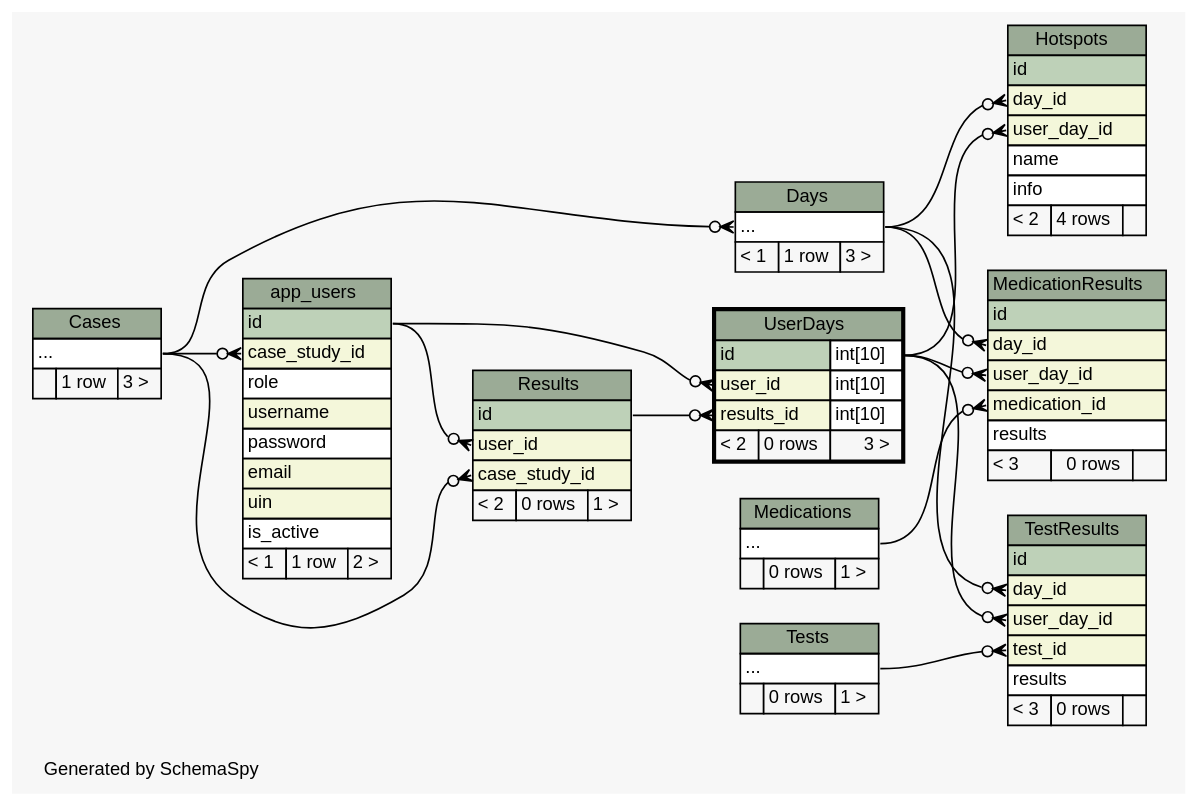
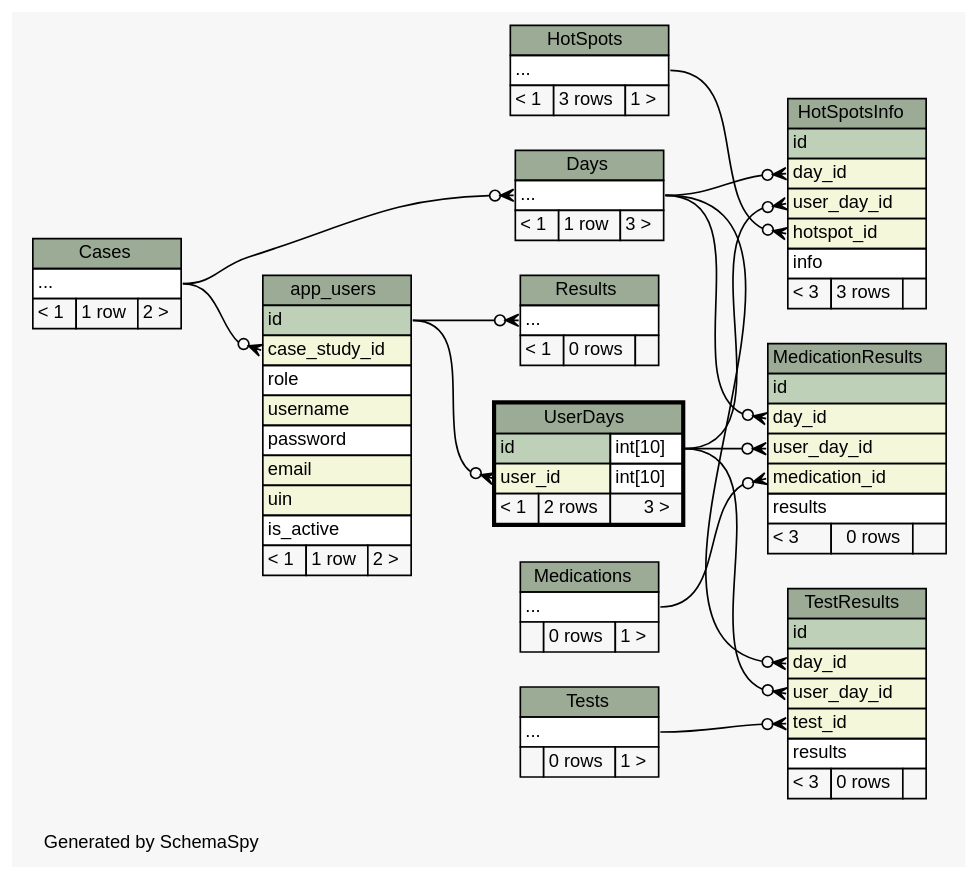
The diagram in web/files/schema/diagrams/UserDays.2degrees.dot (carrel2/CaseStudies), drawn with Graphviz before and after one commit. The commit also changed 262 other files, not shown here.

```diff
--- a/web/files/schema/diagrams/UserDays.2degrees.dot
+++ b/web/files/schema/diagrams/UserDays.2degrees.dot
@@ -1,159 +1,165 @@
-// dot 2.38.0 on Linux 4.4.0-66-generic
+// dot 2.38.0 on Linux 4.4.0-67-generic
 // SchemaSpy rev 590
 digraph "twoDegreesRelationshipsDiagram" {
   graph [
     rankdir="RL"
     bgcolor="#f7f7f7"
     label="\nGenerated by SchemaSpy"
     labeljust="l"
     nodesep="0.18"
     ranksep="0.46"
     fontname="Helvetica"
     fontsize="11"
   ];
   node [
     fontname="Helvetica"
     fontsize="11"
     shape="plaintext"
   ];
   edge [
     arrowsize="0.8"
   ];
   "app_users":"case_study_id":w -> "Cases":"elipses":e [arrowhead=none dir=back arrowtail=crowodot];
   "Days":"elipses":w -> "Cases":"elipses":e [arrowhead=none dir=back arrowtail=crowodot];
-  "Hotspots":"day_id":w -> "Days":"elipses":e [arrowhead=none dir=back arrowtail=crowodot];
-  "Hotspots":"user_day_id":w -> "UserDays":"id.type":e [arrowhead=none dir=back arrowtail=crowodot];
+  "HotSpotsInfo":"day_id":w -> "Days":"elipses":e [arrowhead=none dir=back arrowtail=crowodot];
+  "HotSpotsInfo":"hotspot_id":w -> "HotSpots":"elipses":e [arrowhead=none dir=back arrowtail=crowodot];
+  "HotSpotsInfo":"user_day_id":w -> "UserDays":"id.type":e [arrowhead=none dir=back arrowtail=crowodot];
   "MedicationResults":"day_id":w -> "Days":"elipses":e [arrowhead=none dir=back arrowtail=crowodot];
   "MedicationResults":"medication_id":w -> "Medications":"elipses":e [arrowhead=none dir=back arrowtail=crowodot];
   "MedicationResults":"user_day_id":w -> "UserDays":"id.type":e [arrowhead=none dir=back arrowtail=crowodot];
-  "Results":"case_study_id":w -> "Cases":"elipses":e [arrowhead=none dir=back arrowtail=crowodot];
-  "Results":"user_id":w -> "app_users":"id":e [arrowhead=none dir=back arrowtail=crowodot];
+  "Results":"elipses":w -> "app_users":"id":e [arrowhead=none dir=back arrowtail=crowodot];
   "TestResults":"day_id":w -> "Days":"elipses":e [arrowhead=none dir=back arrowtail=crowodot];
   "TestResults":"test_id":w -> "Tests":"elipses":e [arrowhead=none dir=back arrowtail=crowodot];
   "TestResults":"user_day_id":w -> "UserDays":"id.type":e [arrowhead=none dir=back arrowtail=crowodot];
-  "UserDays":"results_id":w -> "Results":"id":e [arrowhead=none dir=back arrowtail=crowodot];
   "UserDays":"user_id":w -> "app_users":"id":e [arrowhead=none dir=back arrowtail=crowodot];
   "app_users" [
     label=<
     <TABLE BORDER="0" CELLBORDER="1" CELLSPACING="0" BGCOLOR="#ffffff">
       <TR><TD COLSPAN="3" BGCOLOR="#9bab96" ALIGN="CENTER">app_users</TD></TR>
       <TR><TD PORT="id" COLSPAN="3" BGCOLOR="#bed1b8" ALIGN="LEFT">id</TD></TR>
       <TR><TD PORT="case_study_id" COLSPAN="3" BGCOLOR="#f4f7da" ALIGN="LEFT">case_study_id</TD></TR>
       <TR><TD PORT="role" COLSPAN="3" ALIGN="LEFT">role</TD></TR>
       <TR><TD PORT="username" COLSPAN="3" BGCOLOR="#f4f7da" ALIGN="LEFT">username</TD></TR>
       <TR><TD PORT="password" COLSPAN="3" ALIGN="LEFT">password</TD></TR>
       <TR><TD PORT="email" COLSPAN="3" BGCOLOR="#f4f7da" ALIGN="LEFT">email</TD></TR>
       <TR><TD PORT="uin" COLSPAN="3" BGCOLOR="#f4f7da" ALIGN="LEFT">uin</TD></TR>
       <TR><TD PORT="is_active" COLSPAN="3" ALIGN="LEFT">is_active</TD></TR>
       <TR><TD ALIGN="LEFT" BGCOLOR="#f7f7f7">&lt; 1</TD><TD ALIGN="RIGHT" BGCOLOR="#f7f7f7">1 row</TD><TD ALIGN="RIGHT" BGCOLOR="#f7f7f7">2 &gt;</TD></TR>
     </TABLE>>
     URL="app_users.html"
     tooltip="app_users"
   ];
   "Cases" [
     label=<
     <TABLE BORDER="0" CELLBORDER="1" CELLSPACING="0" BGCOLOR="#ffffff">
       <TR><TD COLSPAN="3" BGCOLOR="#9bab96" ALIGN="CENTER">Cases</TD></TR>
       <TR><TD PORT="elipses" COLSPAN="3" ALIGN="LEFT">...</TD></TR>
-      <TR><TD ALIGN="LEFT" BGCOLOR="#f7f7f7">  </TD><TD ALIGN="RIGHT" BGCOLOR="#f7f7f7">1 row</TD><TD ALIGN="RIGHT" BGCOLOR="#f7f7f7">3 &gt;</TD></TR>
+      <TR><TD ALIGN="LEFT" BGCOLOR="#f7f7f7">&lt; 1</TD><TD ALIGN="RIGHT" BGCOLOR="#f7f7f7">1 row</TD><TD ALIGN="RIGHT" BGCOLOR="#f7f7f7">2 &gt;</TD></TR>
     </TABLE>>
     URL="Cases.html"
     tooltip="Cases"
   ];
   "Days" [
     label=<
     <TABLE BORDER="0" CELLBORDER="1" CELLSPACING="0" BGCOLOR="#ffffff">
       <TR><TD COLSPAN="3" BGCOLOR="#9bab96" ALIGN="CENTER">Days</TD></TR>
       <TR><TD PORT="elipses" COLSPAN="3" ALIGN="LEFT">...</TD></TR>
       <TR><TD ALIGN="LEFT" BGCOLOR="#f7f7f7">&lt; 1</TD><TD ALIGN="RIGHT" BGCOLOR="#f7f7f7">1 row</TD><TD ALIGN="RIGHT" BGCOLOR="#f7f7f7">3 &gt;</TD></TR>
     </TABLE>>
     URL="Days.html"
     tooltip="Days"
   ];
-  "Hotspots" [
+  "HotSpots" [
     label=<
     <TABLE BORDER="0" CELLBORDER="1" CELLSPACING="0" BGCOLOR="#ffffff">
-      <TR><TD COLSPAN="3" BGCOLOR="#9bab96" ALIGN="CENTER">Hotspots</TD></TR>
+      <TR><TD COLSPAN="3" BGCOLOR="#9bab96" ALIGN="CENTER">HotSpots</TD></TR>
+      <TR><TD PORT="elipses" COLSPAN="3" ALIGN="LEFT">...</TD></TR>
+      <TR><TD ALIGN="LEFT" BGCOLOR="#f7f7f7">&lt; 1</TD><TD ALIGN="RIGHT" BGCOLOR="#f7f7f7">3 rows</TD><TD ALIGN="RIGHT" BGCOLOR="#f7f7f7">1 &gt;</TD></TR>
+    </TABLE>>
+    URL="HotSpots.html"
+    tooltip="HotSpots"
+  ];
+  "HotSpotsInfo" [
+    label=<
+    <TABLE BORDER="0" CELLBORDER="1" CELLSPACING="0" BGCOLOR="#ffffff">
+      <TR><TD COLSPAN="3" BGCOLOR="#9bab96" ALIGN="CENTER">HotSpotsInfo</TD></TR>
       <TR><TD PORT="id" COLSPAN="3" BGCOLOR="#bed1b8" ALIGN="LEFT">id</TD></TR>
       <TR><TD PORT="day_id" COLSPAN="3" BGCOLOR="#f4f7da" ALIGN="LEFT">day_id</TD></TR>
       <TR><TD PORT="user_day_id" COLSPAN="3" BGCOLOR="#f4f7da" ALIGN="LEFT">user_day_id</TD></TR>
-      <TR><TD PORT="name" COLSPAN="3" ALIGN="LEFT">name</TD></TR>
+      <TR><TD PORT="hotspot_id" COLSPAN="3" BGCOLOR="#f4f7da" ALIGN="LEFT">hotspot_id</TD></TR>
       <TR><TD PORT="info" COLSPAN="3" ALIGN="LEFT">info</TD></TR>
-      <TR><TD ALIGN="LEFT" BGCOLOR="#f7f7f7">&lt; 2</TD><TD ALIGN="RIGHT" BGCOLOR="#f7f7f7">4 rows</TD><TD ALIGN="RIGHT" BGCOLOR="#f7f7f7">  </TD></TR>
+      <TR><TD ALIGN="LEFT" BGCOLOR="#f7f7f7">&lt; 3</TD><TD ALIGN="RIGHT" BGCOLOR="#f7f7f7">3 rows</TD><TD ALIGN="RIGHT" BGCOLOR="#f7f7f7">  </TD></TR>
     </TABLE>>
-    URL="Hotspots.html"
-    tooltip="Hotspots"
+    URL="HotSpotsInfo.html"
+    tooltip="HotSpotsInfo"
   ];
   "MedicationResults" [
     label=<
     <TABLE BORDER="0" CELLBORDER="1" CELLSPACING="0" BGCOLOR="#ffffff">
       <TR><TD COLSPAN="3" BGCOLOR="#9bab96" ALIGN="CENTER">MedicationResults</TD></TR>
       <TR><TD PORT="id" COLSPAN="3" BGCOLOR="#bed1b8" ALIGN="LEFT">id</TD></TR>
       <TR><TD PORT="day_id" COLSPAN="3" BGCOLOR="#f4f7da" ALIGN="LEFT">day_id</TD></TR>
       <TR><TD PORT="user_day_id" COLSPAN="3" BGCOLOR="#f4f7da" ALIGN="LEFT">user_day_id</TD></TR>
       <TR><TD PORT="medication_id" COLSPAN="3" BGCOLOR="#f4f7da" ALIGN="LEFT">medication_id</TD></TR>
       <TR><TD PORT="results" COLSPAN="3" ALIGN="LEFT">results</TD></TR>
       <TR><TD ALIGN="LEFT" BGCOLOR="#f7f7f7">&lt; 3</TD><TD ALIGN="RIGHT" BGCOLOR="#f7f7f7">0 rows</TD><TD ALIGN="RIGHT" BGCOLOR="#f7f7f7">  </TD></TR>
     </TABLE>>
     URL="MedicationResults.html"
     tooltip="MedicationResults"
   ];
   "Medications" [
     label=<
     <TABLE BORDER="0" CELLBORDER="1" CELLSPACING="0" BGCOLOR="#ffffff">
       <TR><TD COLSPAN="3" BGCOLOR="#9bab96" ALIGN="CENTER">Medications</TD></TR>
       <TR><TD PORT="elipses" COLSPAN="3" ALIGN="LEFT">...</TD></TR>
       <TR><TD ALIGN="LEFT" BGCOLOR="#f7f7f7">  </TD><TD ALIGN="RIGHT" BGCOLOR="#f7f7f7">0 rows</TD><TD ALIGN="RIGHT" BGCOLOR="#f7f7f7">1 &gt;</TD></TR>
     </TABLE>>
     URL="Medications.html"
     tooltip="Medications"
   ];
   "Results" [
     label=<
     <TABLE BORDER="0" CELLBORDER="1" CELLSPACING="0" BGCOLOR="#ffffff">
       <TR><TD COLSPAN="3" BGCOLOR="#9bab96" ALIGN="CENTER">Results</TD></TR>
-      <TR><TD PORT="id" COLSPAN="3" BGCOLOR="#bed1b8" ALIGN="LEFT">id</TD></TR>
-      <TR><TD PORT="user_id" COLSPAN="3" BGCOLOR="#f4f7da" ALIGN="LEFT">user_id</TD></TR>
-      <TR><TD PORT="case_study_id" COLSPAN="3" BGCOLOR="#f4f7da" ALIGN="LEFT">case_study_id</TD></TR>
-      <TR><TD ALIGN="LEFT" BGCOLOR="#f7f7f7">&lt; 2</TD><TD ALIGN="RIGHT" BGCOLOR="#f7f7f7">0 rows</TD><TD ALIGN="RIGHT" BGCOLOR="#f7f7f7">1 &gt;</TD></TR>
+      <TR><TD PORT="elipses" COLSPAN="3" ALIGN="LEFT">...</TD></TR>
+      <TR><TD ALIGN="LEFT" BGCOLOR="#f7f7f7">&lt; 1</TD><TD ALIGN="RIGHT" BGCOLOR="#f7f7f7">0 rows</TD><TD ALIGN="RIGHT" BGCOLOR="#f7f7f7">  </TD></TR>
     </TABLE>>
     URL="Results.html"
     tooltip="Results"
   ];
   "TestResults" [
     label=<
     <TABLE BORDER="0" CELLBORDER="1" CELLSPACING="0" BGCOLOR="#ffffff">
       <TR><TD COLSPAN="3" BGCOLOR="#9bab96" ALIGN="CENTER">TestResults</TD></TR>
       <TR><TD PORT="id" COLSPAN="3" BGCOLOR="#bed1b8" ALIGN="LEFT">id</TD></TR>
       <TR><TD PORT="day_id" COLSPAN="3" BGCOLOR="#f4f7da" ALIGN="LEFT">day_id</TD></TR>
       <TR><TD PORT="user_day_id" COLSPAN="3" BGCOLOR="#f4f7da" ALIGN="LEFT">user_day_id</TD></TR>
       <TR><TD PORT="test_id" COLSPAN="3" BGCOLOR="#f4f7da" ALIGN="LEFT">test_id</TD></TR>
       <TR><TD PORT="results" COLSPAN="3" ALIGN="LEFT">results</TD></TR>
       <TR><TD ALIGN="LEFT" BGCOLOR="#f7f7f7">&lt; 3</TD><TD ALIGN="RIGHT" BGCOLOR="#f7f7f7">0 rows</TD><TD ALIGN="RIGHT" BGCOLOR="#f7f7f7">  </TD></TR>
     </TABLE>>
     URL="TestResults.html"
     tooltip="TestResults"
   ];
   "Tests" [
     label=<
     <TABLE BORDER="0" CELLBORDER="1" CELLSPACING="0" BGCOLOR="#ffffff">
       <TR><TD COLSPAN="3" BGCOLOR="#9bab96" ALIGN="CENTER">Tests</TD></TR>
       <TR><TD PORT="elipses" COLSPAN="3" ALIGN="LEFT">...</TD></TR>
       <TR><TD ALIGN="LEFT" BGCOLOR="#f7f7f7">  </TD><TD ALIGN="RIGHT" BGCOLOR="#f7f7f7">0 rows</TD><TD ALIGN="RIGHT" BGCOLOR="#f7f7f7">1 &gt;</TD></TR>
     </TABLE>>
     URL="Tests.html"
     tooltip="Tests"
   ];
   "UserDays" [
     label=<
     <TABLE BORDER="2" CELLBORDER="1" CELLSPACING="0" BGCOLOR="#ffffff">
       <TR><TD COLSPAN="3" BGCOLOR="#9bab96" ALIGN="CENTER">UserDays</TD></TR>
       <TR><TD PORT="id" COLSPAN="2" BGCOLOR="#bed1b8" ALIGN="LEFT">id</TD><TD PORT="id.type" ALIGN="LEFT">int[10]</TD></TR>
       <TR><TD PORT="user_id" COLSPAN="2" BGCOLOR="#f4f7da" ALIGN="LEFT">user_id</TD><TD PORT="user_id.type" ALIGN="LEFT">int[10]</TD></TR>
-      <TR><TD PORT="results_id" COLSPAN="2" BGCOLOR="#f4f7da" ALIGN="LEFT">results_id</TD><TD PORT="results_id.type" ALIGN="LEFT">int[10]</TD></TR>
-      <TR><TD ALIGN="LEFT" BGCOLOR="#f7f7f7">&lt; 2</TD><TD ALIGN="RIGHT" BGCOLOR="#f7f7f7">0 rows</TD><TD ALIGN="RIGHT" BGCOLOR="#f7f7f7">3 &gt;</TD></TR>
+      <TR><TD ALIGN="LEFT" BGCOLOR="#f7f7f7">&lt; 1</TD><TD ALIGN="RIGHT" BGCOLOR="#f7f7f7">2 rows</TD><TD ALIGN="RIGHT" BGCOLOR="#f7f7f7">3 &gt;</TD></TR>
     </TABLE>>
     URL="UserDays.html"
     tooltip="UserDays"
   ];
 }
```
